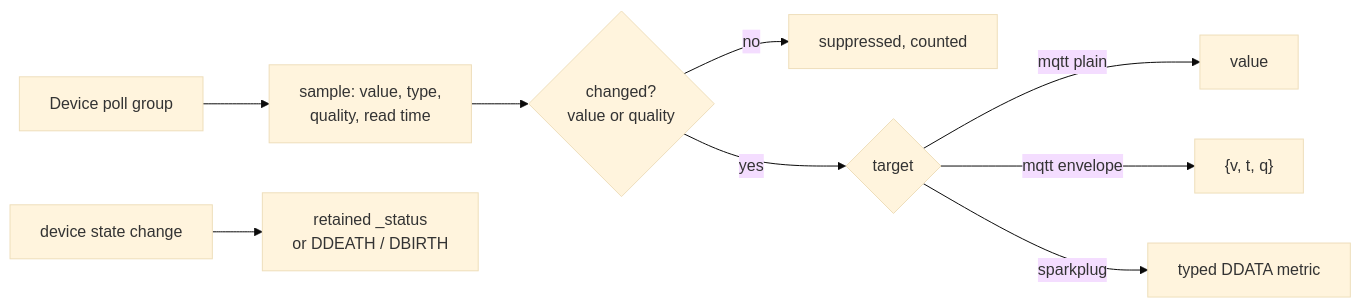
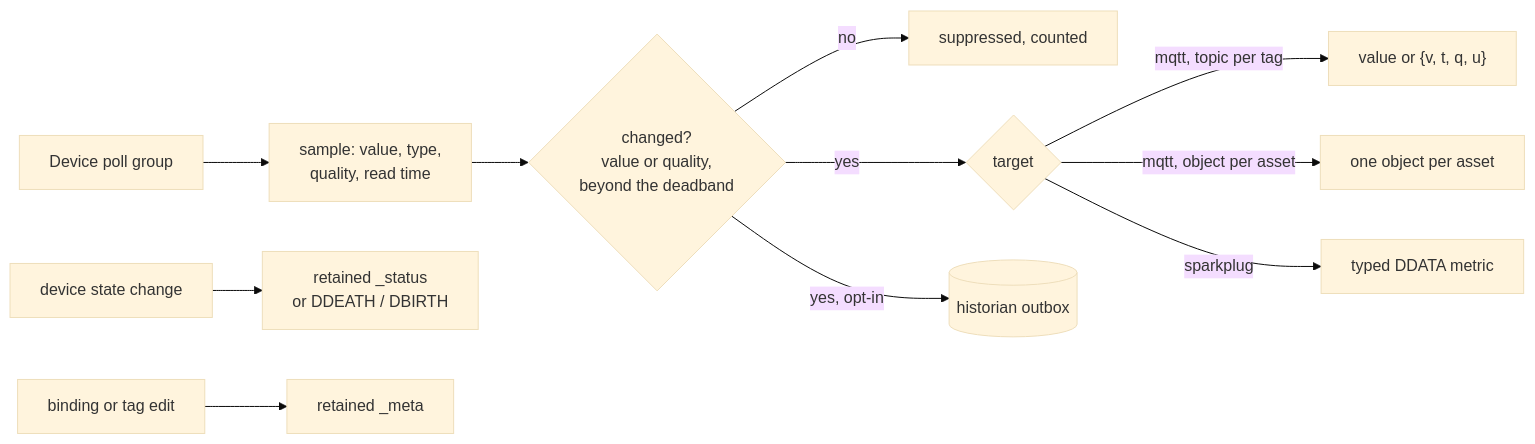
The diagram in docs/wiki/Mapping-to-the-UNS.md (zbest1000/manifold), drawn with Mermaid (base theme) before and after one commit. The commit also changed other lines of this file and 19 other files, not shown here.

````diff
--- a/docs/wiki/Mapping-to-the-UNS.md
+++ b/docs/wiki/Mapping-to-the-UNS.md
@@ -13,11 +14,13 @@
 ```mermaid
 flowchart LR
     DEV[Device poll group] --> S[sample: value, type,<br/>quality, read time]
-    S --> RBE{changed?<br/>value or quality}
+    S --> RBE{changed?<br/>value or quality,<br/>beyond the deadband}
     RBE -->|no| SUP[suppressed, counted]
     RBE -->|yes| TGT{target}
-    TGT -->|mqtt plain| P[value]
-    TGT -->|mqtt envelope| E["{v, t, q}"]
+    TGT -->|mqtt, topic per tag| P["value or {v, t, q, u}"]
+    TGT -->|mqtt, object per asset| O["one object per asset"]
     TGT -->|sparkplug| SP[typed DDATA metric]
+    RBE -->|yes, opt-in| H[(historian outbox)]
     ST[device state change] --> STAT["retained _status<br/>or DDEATH / DBIRTH"]
+    META["binding or tag edit"] --> M["retained _meta"]
 ```
````
